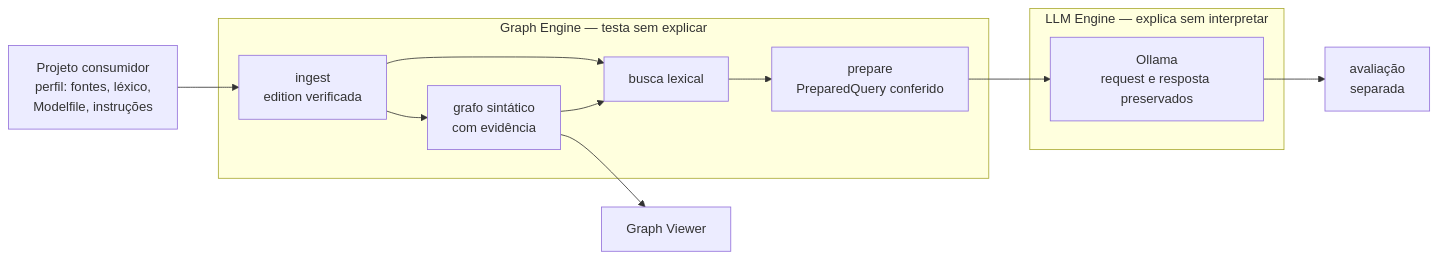
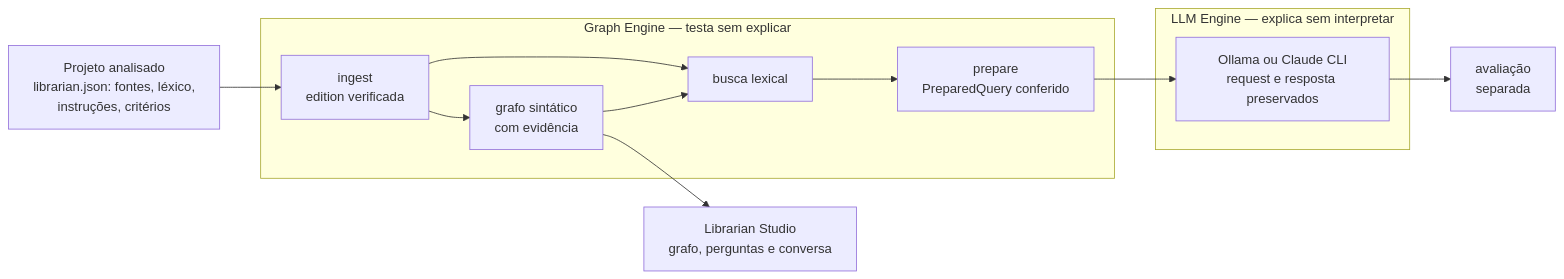
The diagram in README.md (ViniciusSJV/librarian), drawn with Mermaid before and after one commit. The commit also changed other lines of this file and 5 other files, not shown here.

First line of the commit message:
Documenta o Librarian Studio, a fase L1 e o G5

````diff
--- a/README.md
+++ b/README.md
@@ -36,15 +36,15 @@
 ```mermaid
 flowchart LR
-    P[Projeto consumidor<br/>perfil: fontes, léxico,<br/>Modelfile, instruções] --> I
+    P[Projeto analisado<br/>librarian.json: fontes, léxico,<br/>instruções, critérios] --> I
     subgraph GE[Graph Engine — testa sem explicar]
         I[ingest<br/>edition verificada] --> G[grafo sintático<br/>com evidência]
         I --> S[busca lexical]
         G --> S
         S --> Q[prepare<br/>PreparedQuery conferido]
     end
     subgraph LE[LLM Engine — explica sem interpretar]
-        Q --> O[Ollama<br/>request e resposta preservados]
+        Q --> O[Ollama ou Claude CLI<br/>request e resposta preservados]
     end
     O --> A[avaliação<br/>separada]
-    G --> V[Graph Viewer]
+    G --> V[Librarian Studio<br/>grafo, perguntas e conversa]
 ```
````
